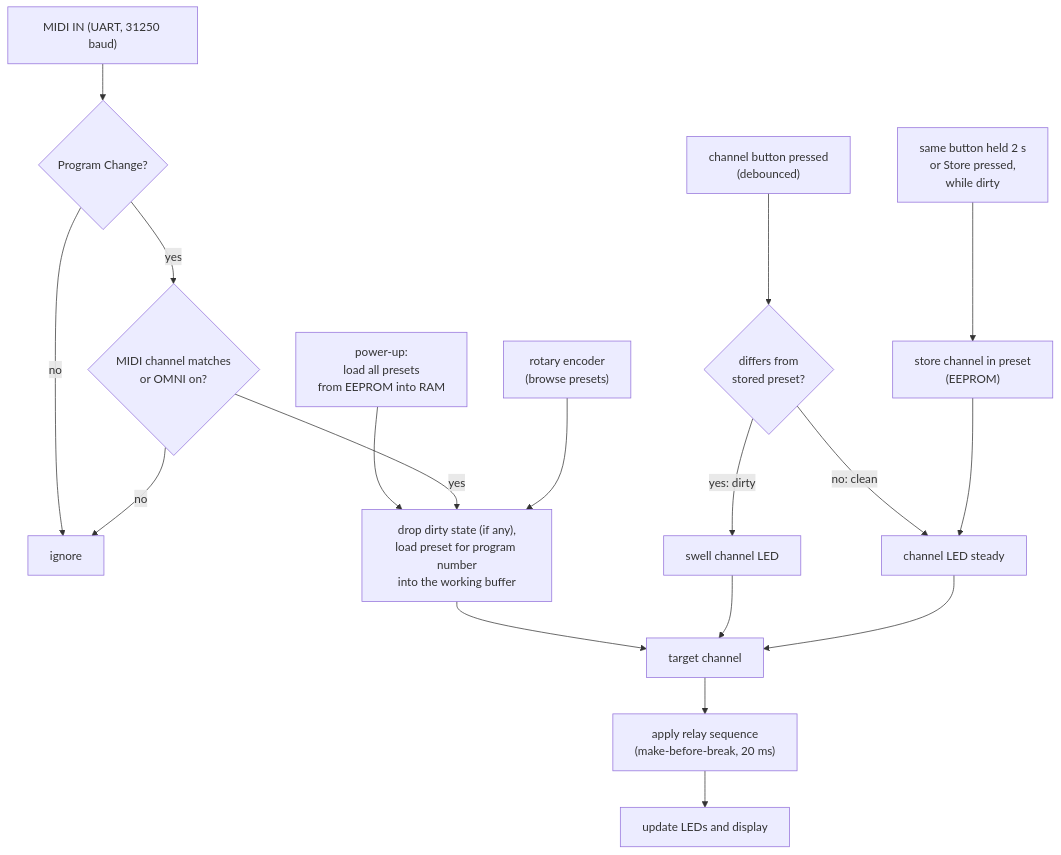
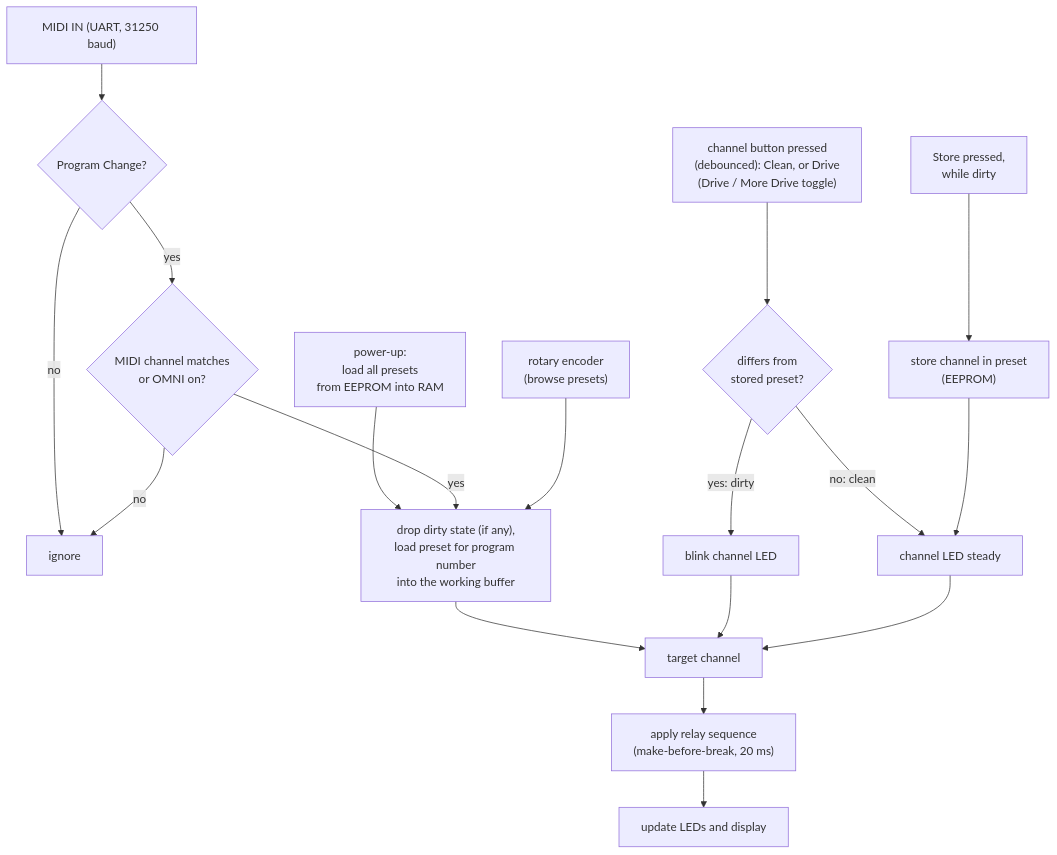
One commit to marc-bojarzin/fenderswitch changed the second of 2 diagrams in README.md. Above: the diagram before and after it, drawn with Mermaid. The commit also changed other lines of this file and 12 other files, not shown here.

First line of the commit message:
Two channel buttons with red/green duo LED

````diff
--- a/README.md
+++ b/README.md
@@ -267,21 +267,21 @@
 ```mermaid
 flowchart TD
     MIDI["MIDI IN (UART, 31250 baud)"] --> PC{"Program Change?"}
     PC -- no --> Ignore["ignore"]
     PC -- yes --> CH{"MIDI channel matches<br>or OMNI on?"}
     CH -- no --> Ignore
     Boot["power-up:<br>load all presets<br>from EEPROM into RAM"] --> Load
     CH -- yes --> Load["drop dirty state (if any),<br>load preset for program number<br>into the working buffer"]
     Enc["rotary encoder<br>(browse presets)"] --> Load
     Load --> Mode["target channel"]
     Mode --> Apply["apply relay sequence<br>(make-before-break, 20 ms)"]
     Apply --> UI["update LEDs and display"]
 
-    Btn["channel button pressed<br>(debounced)"] --> Diff{"differs from<br>stored preset?"}
-    Diff -- "yes: dirty" --> Blink["swell channel LED"]
+    Btn["channel button pressed<br>(debounced): Clean, or Drive<br>(Drive / More Drive toggle)"] --> Diff{"differs from<br>stored preset?"}
+    Diff -- "yes: dirty" --> Blink["blink channel LED"]
     Diff -- "no: clean" --> Steady["channel LED steady"]
     Blink --> Mode
     Steady --> Mode
-    Hold["same button held 2 s<br>or Store pressed,<br>while dirty"] --> Store["store channel in preset<br>(EEPROM)"]
+    Hold["Store pressed,<br>while dirty"] --> Store["store channel in preset<br>(EEPROM)"]
     Store --> Steady
 ```
````
